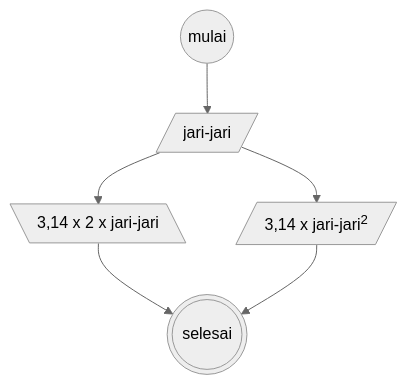
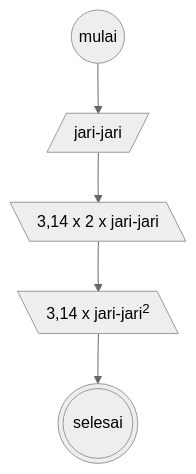
The second of 2 diagrams in README.md (sronnaim/koda-b10-algoritma), drawn with Mermaid (neutral theme) before and after one commit.

Commit message:
fix: updated flowchart

````diff
--- a/README.md
+++ b/README.md
@@ -55,12 +55,10 @@
 ```mermaid
 flowchart TD
     Start@{ shape: circle, label: "mulai" }
     End@{ shape: dbl-circ, label: "selesai"}
     Input@{ shape: lean-r, label: "jari-jari"}
-    OutputCircum@{ shape: lean-r, label: "3,14 x jari-jari<sup>2</sup>" }
+    OutputCircum@{ shape: lean-l, label: "3,14 x jari-jari<sup>2</sup>" }
     OutputArea@{ shape: lean-l, label: "3,14 x 2 x jari-jari "}
 
-    Start --> Input
-    Input --> OutputArea --> End
-    Input --> OutputCircum --> End
+    Start --> Input --> OutputArea --> OutputCircum --> End
 ```
````
